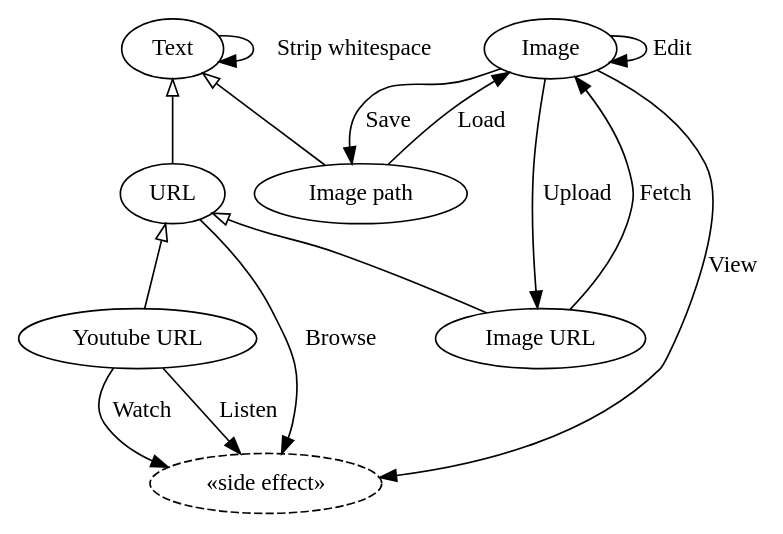
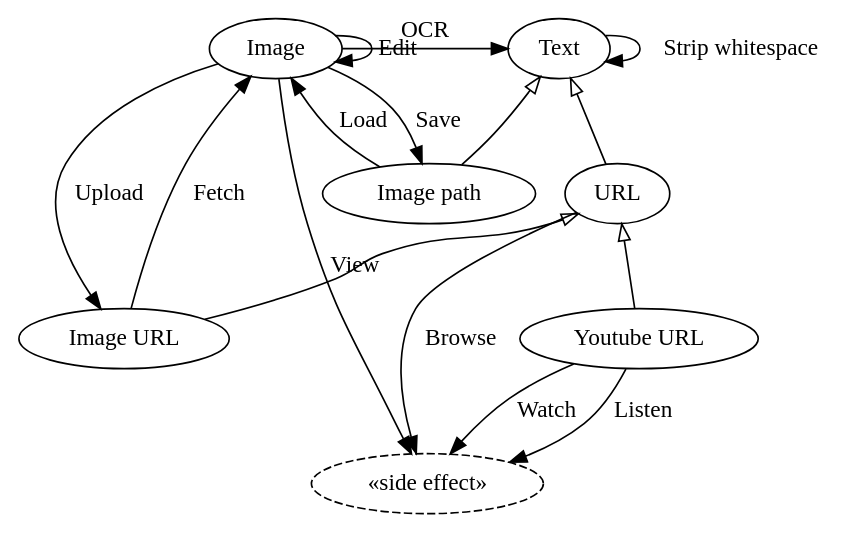
Before and after one commit to vifon/clipboard-actions: the diagram in examples/clipboard-actions.dot, drawn with Graphviz. The commit also changed 2 other files, not shown here.

```diff
--- a/examples/clipboard-actions.dot
+++ b/examples/clipboard-actions.dot
@@ -1,37 +1,38 @@
 #!/usr/bin/env -S dot -Tx11
 
 digraph Clipboard {
     text [label="Text"]
     image_path [label="Image path"]
     url [label="URL"]
     image_url [label="Image URL"]
     yt_url [label="Youtube URL"]
     image [label="Image"]
     nop [label="«side effect»" style=dashed]
 
     { rank=same; text image }
     { rank=same; image_path url }
     { rank=same; image_url yt_url }
 
     {
         edge [arrowtail=onormal dir=back]
 
         text -> url
         text -> image_path
         url -> image_url
         url -> yt_url
     }
 
     url -> nop [label="Browse"]
     yt_url -> nop [label="Watch"]
     yt_url -> nop [label="Listen"]
     image_url -> image [label="Fetch"]
     image_path -> image [label="Load"]
 
     text -> text [label="Strip whitespace"]
 
     image -> image_url [label="Upload"]
     image -> image [label="Edit"]
     image -> image_path [label="Save"]
     image -> nop [label="View"]
+    image -> text [label="OCR"]
 }
```
